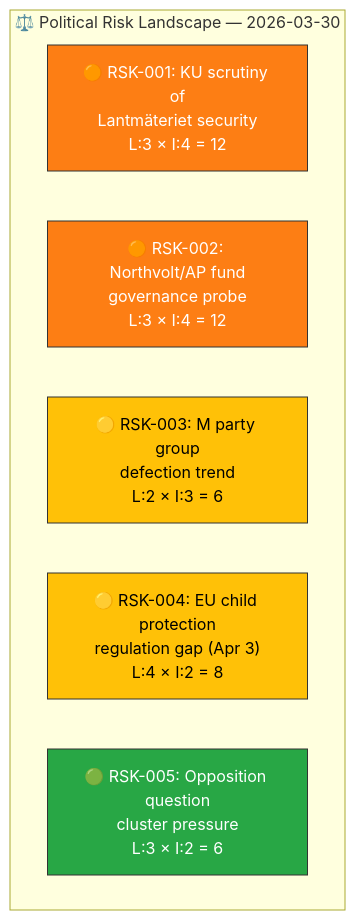
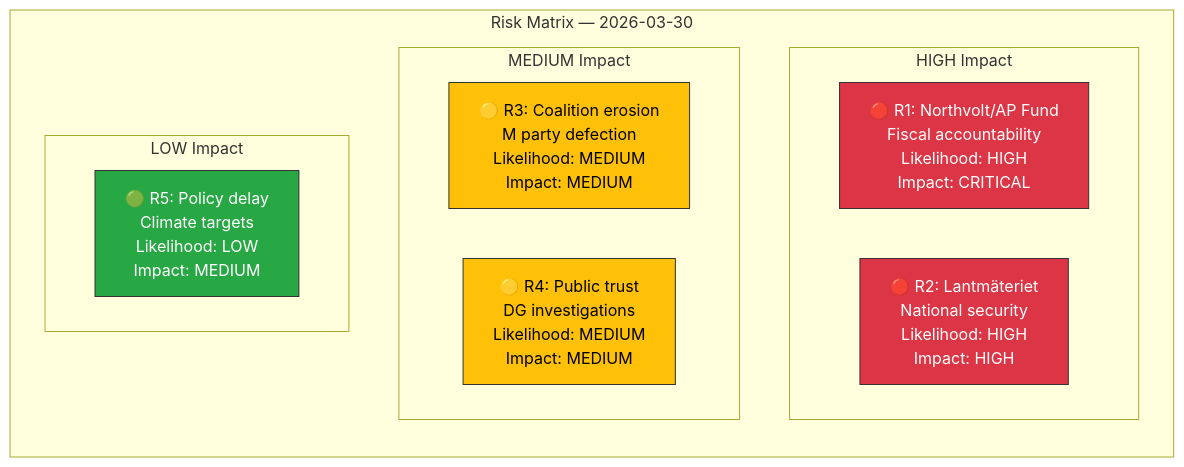
One commit to Hack23/riksdagsmonitor changed the diagram in analysis/daily/2026-03-30/risk-assessment.md. Above: the diagram before and after it, drawn with Mermaid. The commit also changed other lines of this file and 37 other files, not shown here.

First line of the commit message:
📊 Enhanced analysis: KU hearings on Northvolt & Lantmäteriet security - 2026-03-30

````diff
--- a/analysis/daily/2026-03-30/risk-assessment.md
+++ b/analysis/daily/2026-03-30/risk-assessment.md
@@ -26,16 +19,23 @@
 ```mermaid
-graph TD
-    subgraph "⚖️ Political Risk Landscape — 2026-03-30"
-        R1["🟠 RSK-001: KU scrutiny of<br/>Lantmäteriet security<br/>L:3 × I:4 = 12"]
-        R2["🟠 RSK-002: Northvolt/AP fund<br/>governance probe<br/>L:3 × I:4 = 12"]
-        R3["🟡 RSK-003: M party group<br/>defection trend<br/>L:2 × I:3 = 6"]
-        R4["🟡 RSK-004: EU child protection<br/>regulation gap (Apr 3)<br/>L:4 × I:2 = 8"]
-        R5["🟢 RSK-005: Opposition question<br/>cluster pressure<br/>L:3 × I:2 = 6"]
+graph TB
+    subgraph "Risk Matrix — 2026-03-30"
+        direction TB
+        subgraph "HIGH Impact"
+            R1["🔴 R1: Northvolt/AP Fund<br/>Fiscal accountability<br/>Likelihood: HIGH<br/>Impact: CRITICAL"]
+            R2["🔴 R2: Lantmäteriet<br/>National security<br/>Likelihood: HIGH<br/>Impact: HIGH"]
+        end
+        subgraph "MEDIUM Impact"
+            R3["🟡 R3: Coalition erosion<br/>M party defection<br/>Likelihood: MEDIUM<br/>Impact: MEDIUM"]
+            R4["🟡 R4: Public trust<br/>DG investigations<br/>Likelihood: MEDIUM<br/>Impact: MEDIUM"]
+        end
+        subgraph "LOW Impact"
+            R5["🟢 R5: Policy delay<br/>Climate targets<br/>Likelihood: LOW<br/>Impact: MEDIUM"]
+        end
     end
-
-    style R1 fill:#fd7e14,stroke:#333,color:#fff
-    style R2 fill:#fd7e14,stroke:#333,color:#fff
+    
+    style R1 fill:#dc3545,stroke:#333,color:#fff
+    style R2 fill:#dc3545,stroke:#333,color:#fff
     style R3 fill:#ffc107,stroke:#333,color:#000
     style R4 fill:#ffc107,stroke:#333,color:#000
     style R5 fill:#28a745,stroke:#333,color:#fff
 ```
````
